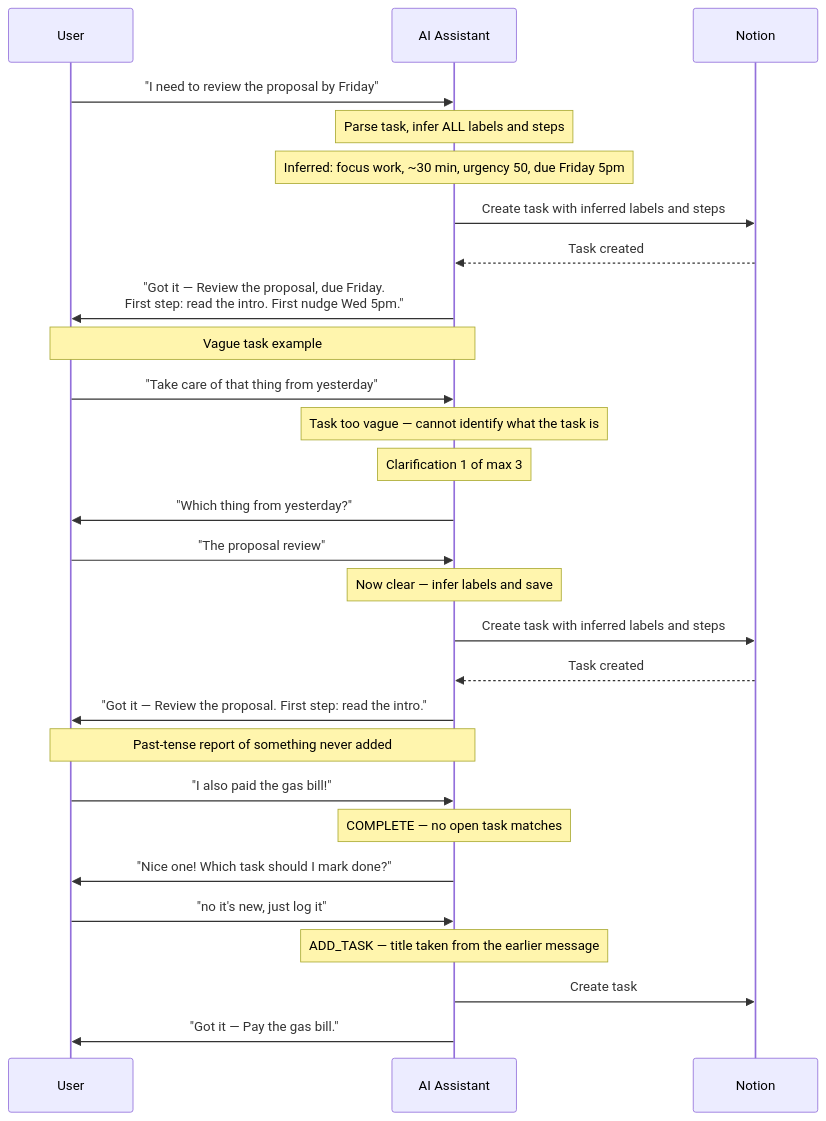
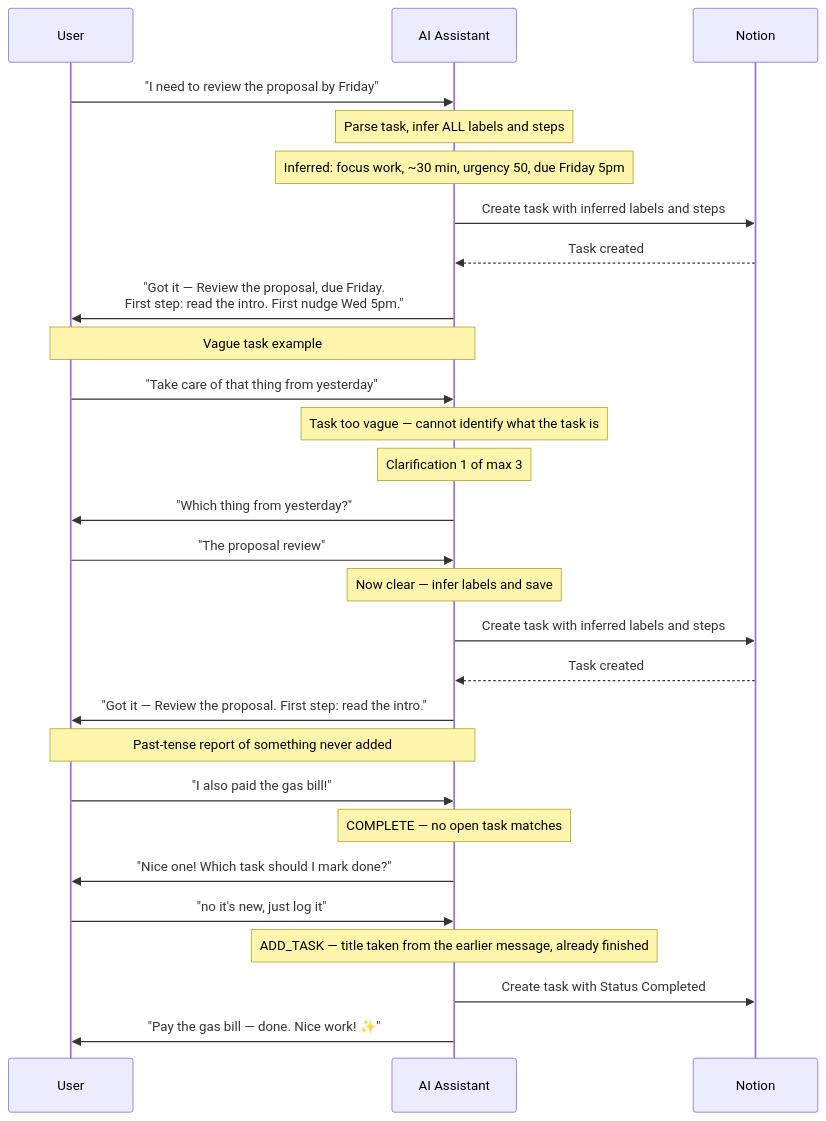
Before and after one commit to NickBorgersProbably/hide-my-list: the second of 28 diagrams in docs/user-interactions.md, drawn with Mermaid. The commit also changed other lines of this file and 10 other files, not shown here.

First line of the commit message:
fix(intake): log a finished item as Completed and celebrate it

````diff
--- a/docs/user-interactions.md
+++ b/docs/user-interactions.md
@@ -52,41 +52,41 @@
 ```mermaid
 sequenceDiagram
     participant U as User
     participant AI as AI Assistant
     participant N as Notion
 
     U->>AI: "I need to review the proposal by Friday"
 
     Note over AI: Parse task, infer ALL labels and steps
     Note over AI: Inferred: focus work, ~30 min, urgency 50, due Friday 5pm
 
     AI->>N: Create task with inferred labels and steps
     N-->>AI: Task created
     AI->>U: "Got it — Review the proposal, due Friday.<br/>First step: read the intro. First nudge Wed 5pm."
 
     Note over U,AI: Vague task example
 
     U->>AI: "Take care of that thing from yesterday"
 
     Note over AI: Task too vague — cannot identify what the task is
     Note over AI: Clarification 1 of max 3
 
     AI->>U: "Which thing from yesterday?"
     U->>AI: "The proposal review"
 
     Note over AI: Now clear — infer labels and save
 
     AI->>N: Create task with inferred labels and steps
     N-->>AI: Task created
     AI->>U: "Got it — Review the proposal. First step: read the intro."
 
     Note over U,AI: Past-tense report of something never added
 
     U->>AI: "I also paid the gas bill!"
     Note over AI: COMPLETE — no open task matches
     AI->>U: "Nice one! Which task should I mark done?"
     U->>AI: "no it's new, just log it"
-    Note over AI: ADD_TASK — title taken from the earlier message
-    AI->>N: Create task
-    AI->>U: "Got it — Pay the gas bill."
+    Note over AI: ADD_TASK — title taken from the earlier message, already finished
+    AI->>N: Create task with Status Completed
+    AI->>U: "Pay the gas bill — done. Nice work! ✨"
 ```
````
